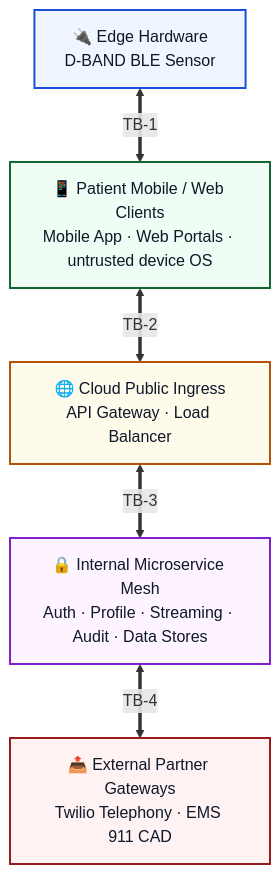
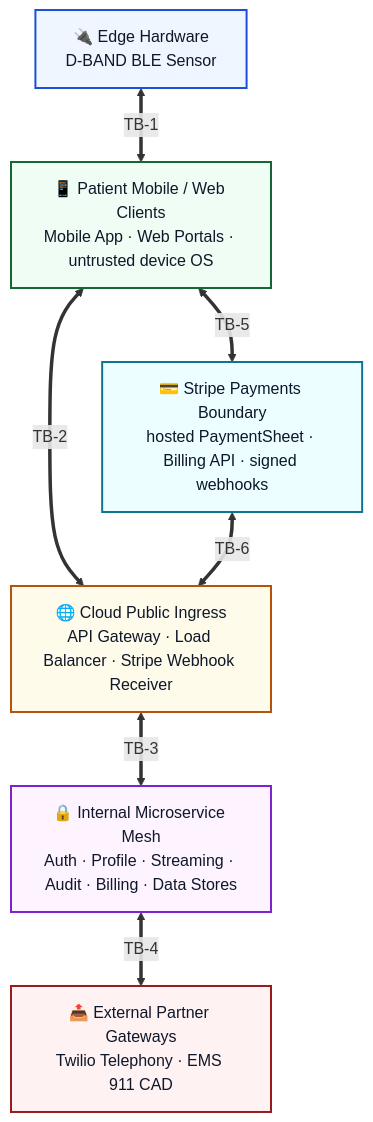
Before and after one commit to reidlai/masker-app: diagram 15 of 19 in _bmad-output/architecture/ARCHITECTURE-SPINE.md, drawn with Mermaid. The commit also changed other lines of this file and 1 other file, not shown here.

First line of the commit message:
docs(architecture): fold UX subscription round into spine (AD-13/14/15)

````diff
--- a/_bmad-output/architecture/ARCHITECTURE-SPINE.md
+++ b/_bmad-output/architecture/ARCHITECTURE-SPINE.md
@@ -1681,19 +1798,23 @@
 ```mermaid
 flowchart TB
     Z1["🔌 Edge Hardware<br/>D-BAND BLE Sensor"]
     Z2["📱 Patient Mobile / Web Clients<br/>Mobile App · Web Portals · untrusted device OS"]
-    Z3["🌐 Cloud Public Ingress<br/>API Gateway · Load Balancer"]
-    Z4["🔒 Internal Microservice Mesh<br/>Auth · Profile · Streaming · Audit · Data Stores"]
+    Z3["🌐 Cloud Public Ingress<br/>API Gateway · Load Balancer · Stripe Webhook Receiver"]
+    Z4["🔒 Internal Microservice Mesh<br/>Auth · Profile · Streaming · Audit · Billing · Data Stores"]
     Z5["📤 External Partner Gateways<br/>Twilio Telephony · EMS 911 CAD"]
+    Z6["💳 Stripe Payments Boundary<br/>hosted PaymentSheet · Billing API · signed webhooks"]
 
     Z1 <== "TB-1" ==> Z2
     Z2 <== "TB-2" ==> Z3
     Z3 <== "TB-3" ==> Z4
     Z4 <== "TB-4" ==> Z5
+    Z2 <== "TB-5" ==> Z6
+    Z6 <== "TB-6" ==> Z3
 
     style Z1 fill:#EFF6FF,stroke:#1D4ED8,stroke-width:2px,color:#0F172A
     style Z2 fill:#F0FDF4,stroke:#166534,stroke-width:2px,color:#0F172A
     style Z3 fill:#FFFBEB,stroke:#B45309,stroke-width:2px,color:#0F172A
     style Z4 fill:#FDF4FF,stroke:#7E22CE,stroke-width:2px,color:#0F172A
     style Z5 fill:#FEF2F2,stroke:#991B1B,stroke-width:2px,color:#0F172A
+    style Z6 fill:#ECFEFF,stroke:#0E7490,stroke-width:2px,color:#0F172A
 ```
````
